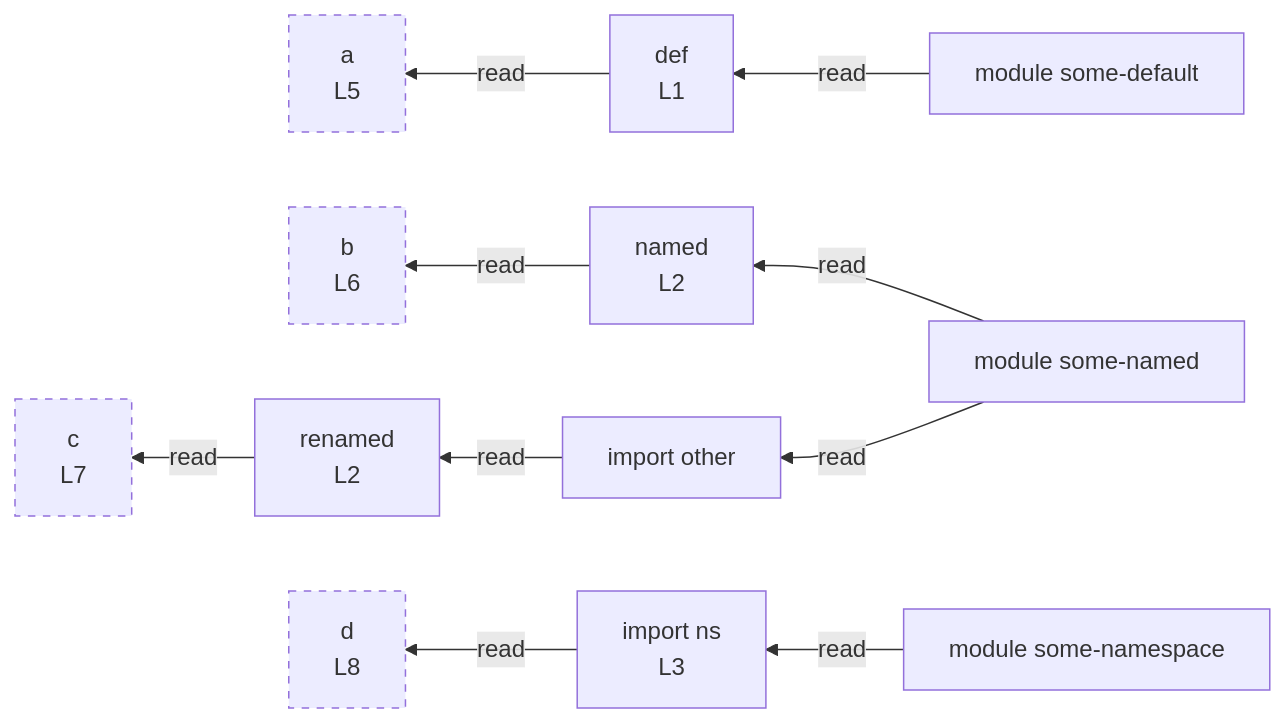
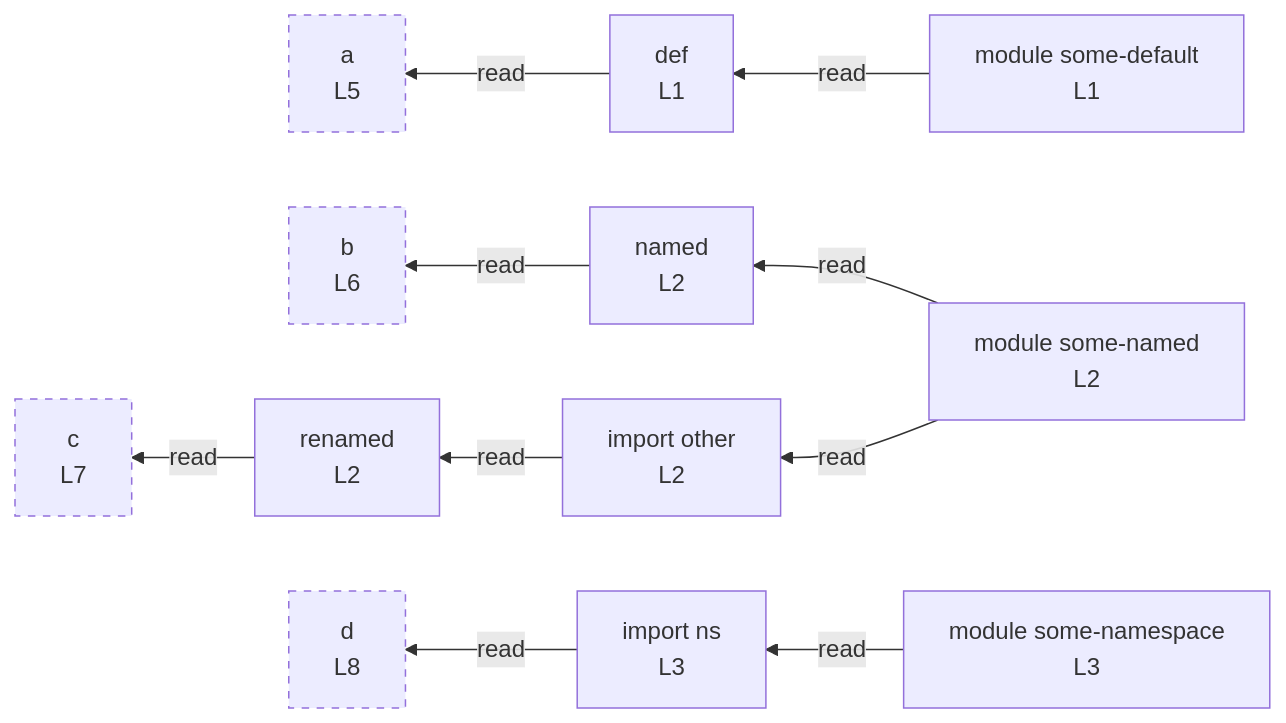
The diagram in integration/fixtures/imports/preview.md (crescware/unsnarl), drawn with Mermaid before and after one commit. The commit also changed 7 other files, not shown here.

First line of the commit message:
feat(mermaid): label module/import-original nodes with line numbers

````diff
--- a/integration/fixtures/imports/preview.md
+++ b/integration/fixtures/imports/preview.md
@@ -18,29 +18,29 @@
 ```mermaid
 flowchart RL
   n_scope_0_def_7["def<br/>L1"]
   n_scope_0_named_41["named<br/>L2"]
   n_scope_0_renamed_57["renamed<br/>L2"]
   n_scope_0_ns_98["import ns<br/>L3"]
   n_scope_0_a_131["a<br/>L5"]
   n_scope_0_b_146["b<br/>L6"]
   n_scope_0_c_163["c<br/>L7"]
   n_scope_0_d_182["d<br/>L8"]
   n_scope_0_def_7 -->|read| n_scope_0_a_131
   n_scope_0_named_41 -->|read| n_scope_0_b_146
   n_scope_0_renamed_57 -->|read| n_scope_0_c_163
   n_scope_0_ns_98 -->|read| n_scope_0_d_182
-  mod_some_default["module some-default"]
-  mod_some_named["module some-named"]
-  mod_some_namespace["module some-namespace"]
-  import_some_named__other["import other"]
+  mod_some_default["module some-default<br/>L1"]
+  mod_some_named["module some-named<br/>L2"]
+  mod_some_namespace["module some-namespace<br/>L3"]
+  import_some_named__other["import other<br/>L2"]
   mod_some_default -->|read| n_scope_0_def_7
   mod_some_named -->|read| n_scope_0_named_41
   mod_some_named -->|read| import_some_named__other
   import_some_named__other -->|read| n_scope_0_renamed_57
   mod_some_namespace -->|read| n_scope_0_ns_98
   classDef unused stroke-dasharray: 5 5;
   class n_scope_0_a_131 unused;
   class n_scope_0_b_146 unused;
   class n_scope_0_c_163 unused;
   class n_scope_0_d_182 unused;
 ```
````
